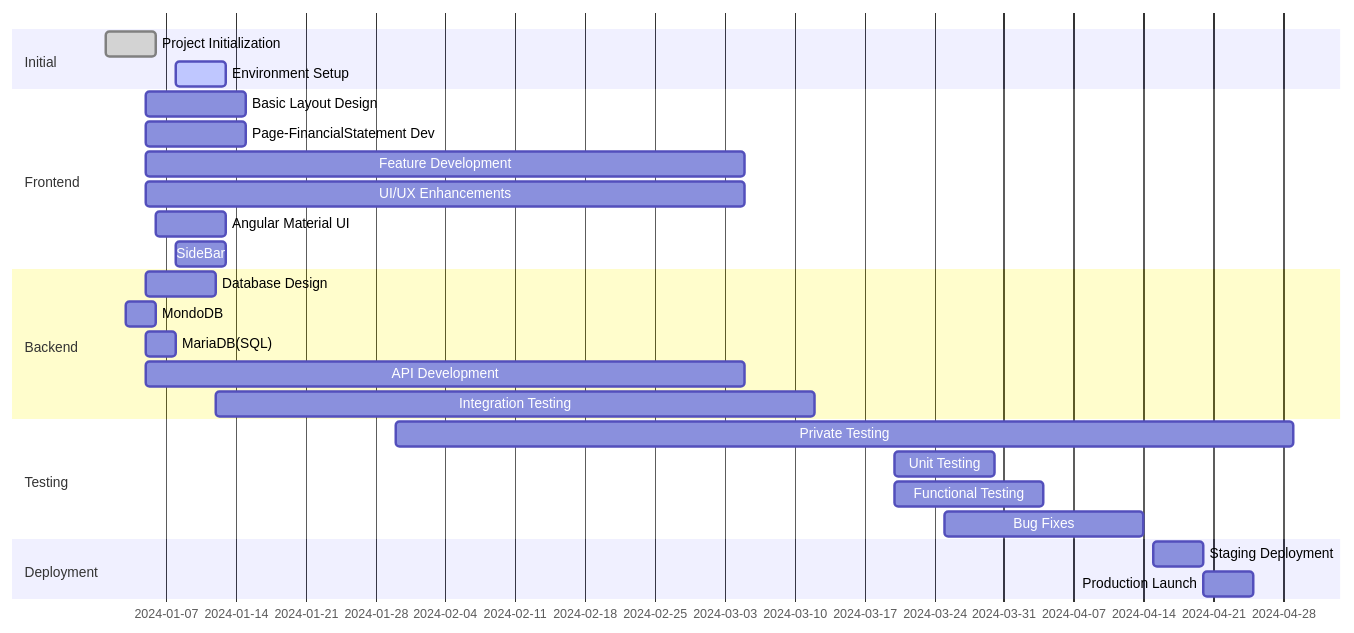
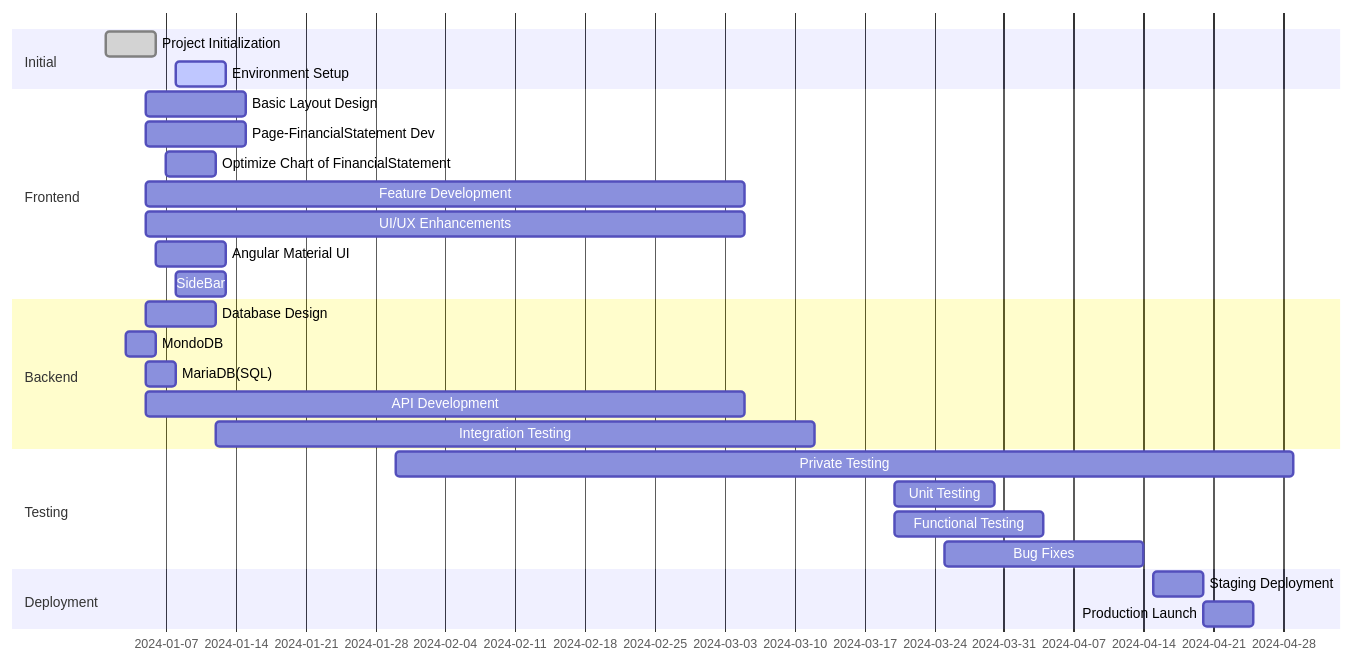
One commit to lumduan/fireball-ng changed the first of 10 diagrams in README.md. Above: the diagram before and after it, drawn with Mermaid. The commit also changed other lines of this file and 2 other files, not shown here.

````diff
--- a/README.md
+++ b/README.md
@@ -5,35 +5,37 @@
 ```mermaid
 gantt
 
 dateFormat YYYY-MM-DD
 
 section Initial
   Project Initialization :done, 2024-01-01, 5d
   Environment Setup     :active, after des1, 5d
 
 section Frontend
   Basic Layout Design   : 2024-01-05, 10d
   Page-FinancialStatement Dev : 2024-01-05, 10d
+  Optimize Chart of FinancialStatement : 2024-01-07, 5d
   Feature Development   : 2024-01-05, 60d
   UI/UX Enhancements    : 2024-01-05, 60d
   Angular Material UI : 2024-01-06,7d
+  
   SideBar: 2024-01-08, 5d
 
 section Backend
   Database Design       : 2024-01-05, 7d
     MondoDB : 2024-01-03, 3d
     MariaDB(SQL) : 2024-01-05, 3d
   API Development       : 2024-01-05, 60d
   Integration Testing   : 2024-01-12, 60d
 
 section Testing
   Private Testing : 2024-01-30, 90d
   Unit Testing          : 2024-03-20, 10d
   Functional Testing    : 2024-03-20, 15d
   Bug Fixes             :2024-03-25, 20d
 
 section Deployment
   Staging Deployment    : 2024-04-15, 5d
   Production Launch     : 2024-04-20, 5d
 
 ```
````
